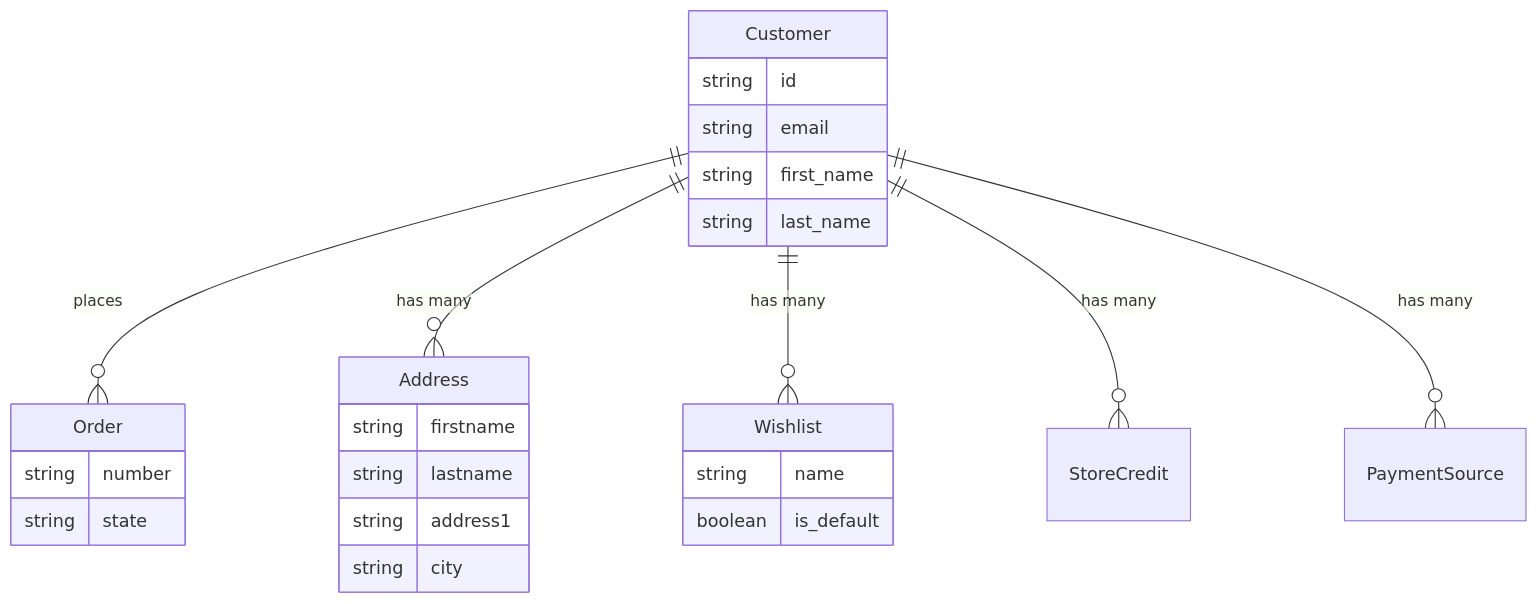
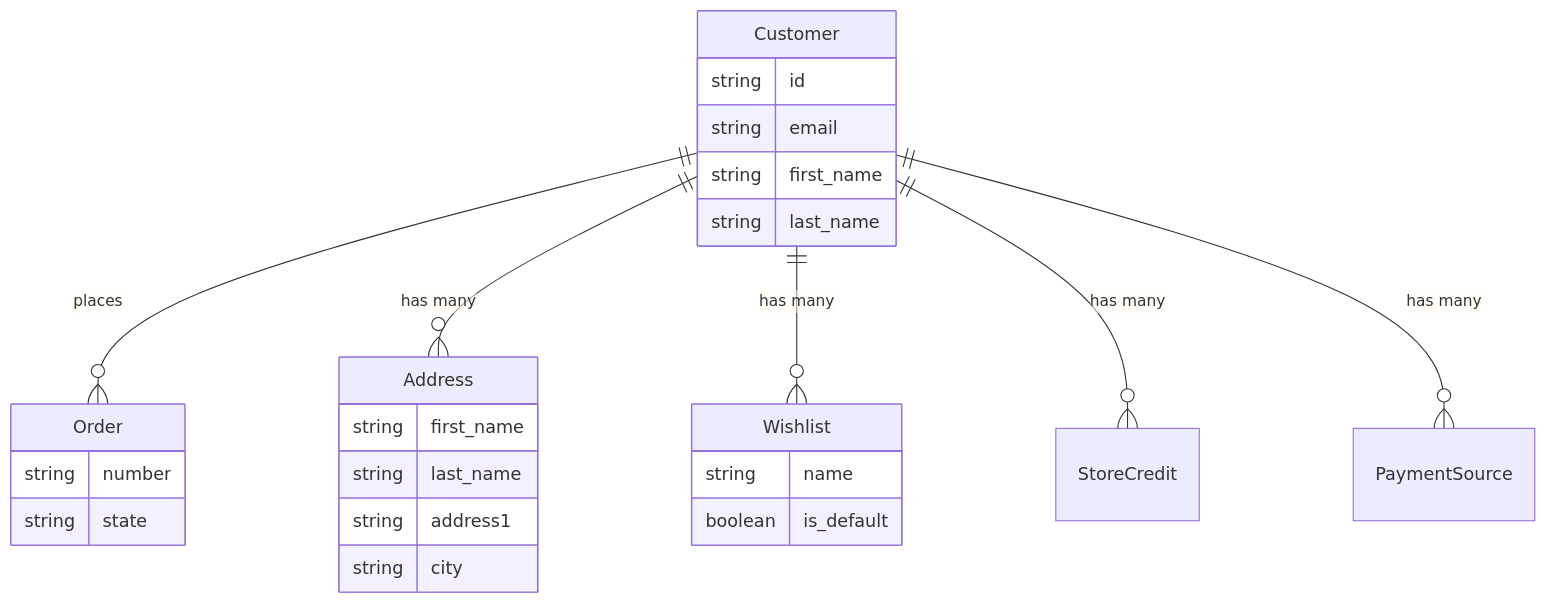
The diagram in docs/developer/core-concepts/customers.mdx (spree/spree), drawn with Mermaid before and after one commit. The commit also changed 5 other files, not shown here.

````diff
--- a/docs/developer/core-concepts/customers.mdx
+++ b/docs/developer/core-concepts/customers.mdx
@@ -10,32 +10,32 @@
 ```mermaid
 erDiagram
     Customer ||--o{ Order : "places"
     Customer ||--o{ Address : "has many"
     Customer ||--o{ Wishlist : "has many"
     Customer ||--o{ StoreCredit : "has many"
     Customer ||--o{ PaymentSource : "has many"
 
     Customer {
         string id
         string email
         string first_name
         string last_name
     }
 
     Order {
         string number
         string state
     }
 
     Address {
-        string firstname
-        string lastname
+        string first_name
+        string last_name
         string address1
         string city
     }
 
     Wishlist {
         string name
         boolean is_default
     }
 ```
````
